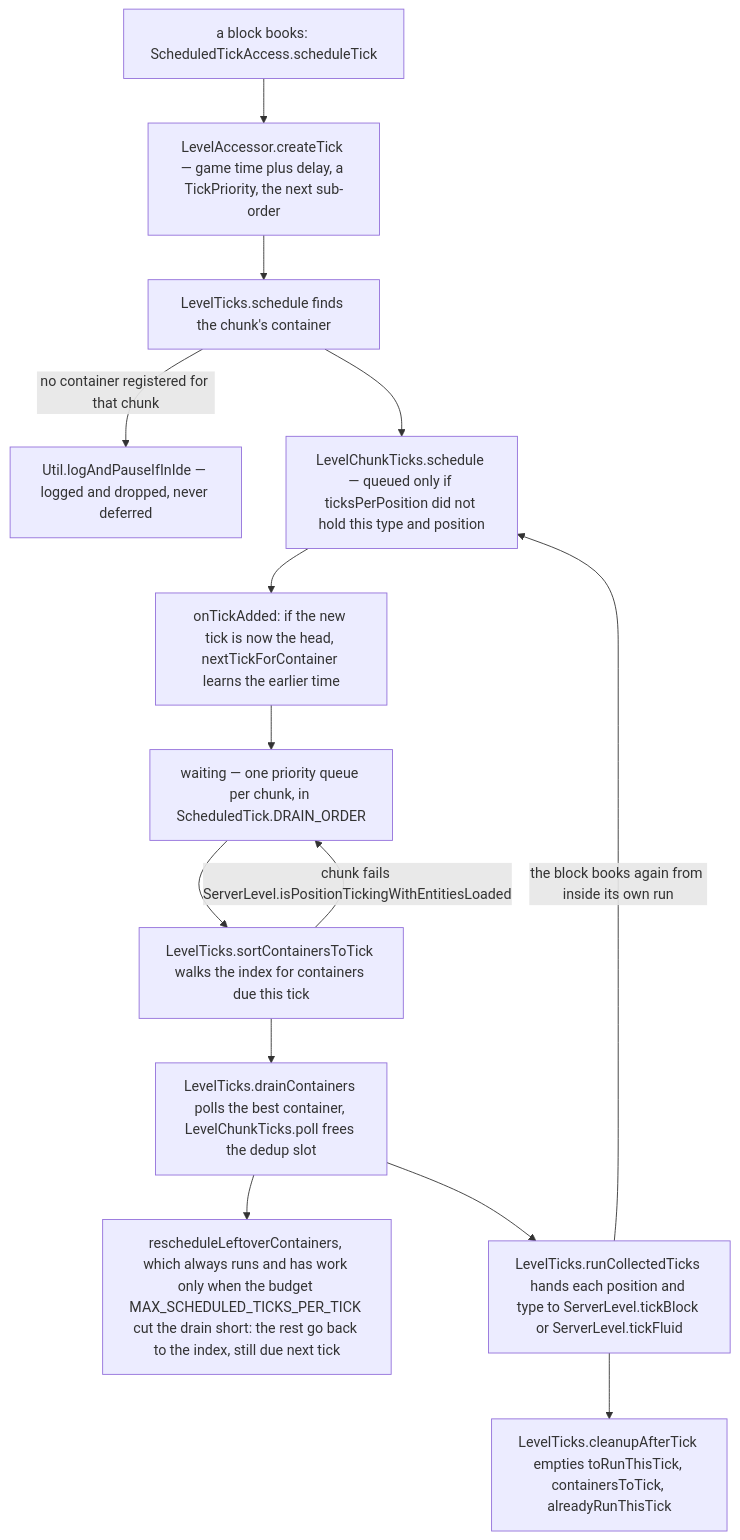
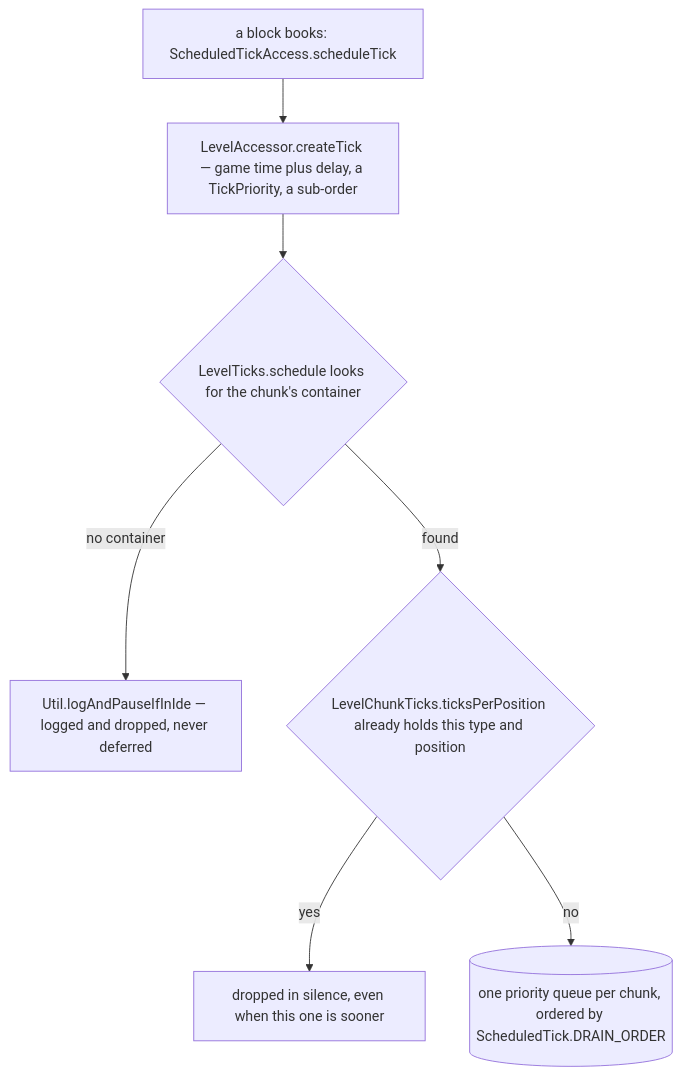
Before and after one commit to AlexanderjFraser/MinecraftDocs: the first of 3 diagrams in src/systems/world/scheduled-ticks.md, drawn with Mermaid. The commit also changed other lines of this file and 22 other files, not shown here.

````diff
--- a/src/systems/world/scheduled-ticks.md
+++ b/src/systems/world/scheduled-ticks.md
@@ -54,16 +58,16 @@
 ```mermaid
 flowchart TD
-    B["a block books: ScheduledTickAccess.scheduleTick"] --> C["LevelAccessor.createTick — game time plus delay, a TickPriority, the next sub-order"]
-    C --> S["LevelTicks.schedule finds the chunk's container"]
-    S -- "no container registered for that chunk" --> DROP["Util.logAndPauseIfInIde — logged and dropped, never deferred"]
-    S --> D["LevelChunkTicks.schedule — queued only if ticksPerPosition did not hold this type and position"]
-    D --> I["onTickAdded: if the new tick is now the head, nextTickForContainer learns the earlier time"]
-    I --> W["waiting — one priority queue per chunk, in ScheduledTick.DRAIN_ORDER"]
-    W --> SC["LevelTicks.sortContainersToTick walks the index for containers due this tick"]
-    SC -- "chunk fails ServerLevel.isPositionTickingWithEntitiesLoaded" --> W
-    SC --> DR["LevelTicks.drainContainers polls the best container, LevelChunkTicks.poll frees the dedup slot"]
-    DR --> RL["rescheduleLeftoverContainers, which always runs and has work only when the budget MAX_SCHEDULED_TICKS_PER_TICK cut the drain short: the rest go back to the index, still due next tick"]
-    DR --> RUN["LevelTicks.runCollectedTicks hands each position and type to ServerLevel.tickBlock or ServerLevel.tickFluid"]
-    RUN -- "the block books again from inside its own run" --> D
-    RUN --> CL["LevelTicks.cleanupAfterTick empties toRunThisTick, containersToTick, alreadyRunThisTick"]
+    B["a block books: ScheduledTickAccess.scheduleTick"]
+    C["LevelAccessor.createTick — game time plus delay, a TickPriority, a sub-order"]
+    S{"LevelTicks.schedule looks for the chunk's container"}
+    DROP["Util.logAndPauseIfInIde — logged and dropped, never deferred"]
+    D{"LevelChunkTicks.ticksPerPosition already holds this type and position"}
+    SKIP["dropped in silence, even when this one is sooner"]
+    Q[("one priority queue per chunk, ordered by ScheduledTick.DRAIN_ORDER")]
+    B --> C
+    C --> S
+    S -- "no container" --> DROP
+    S -- "found" --> D
+    D -- "yes" --> SKIP
+    D -- "no" --> Q
 ```
````
